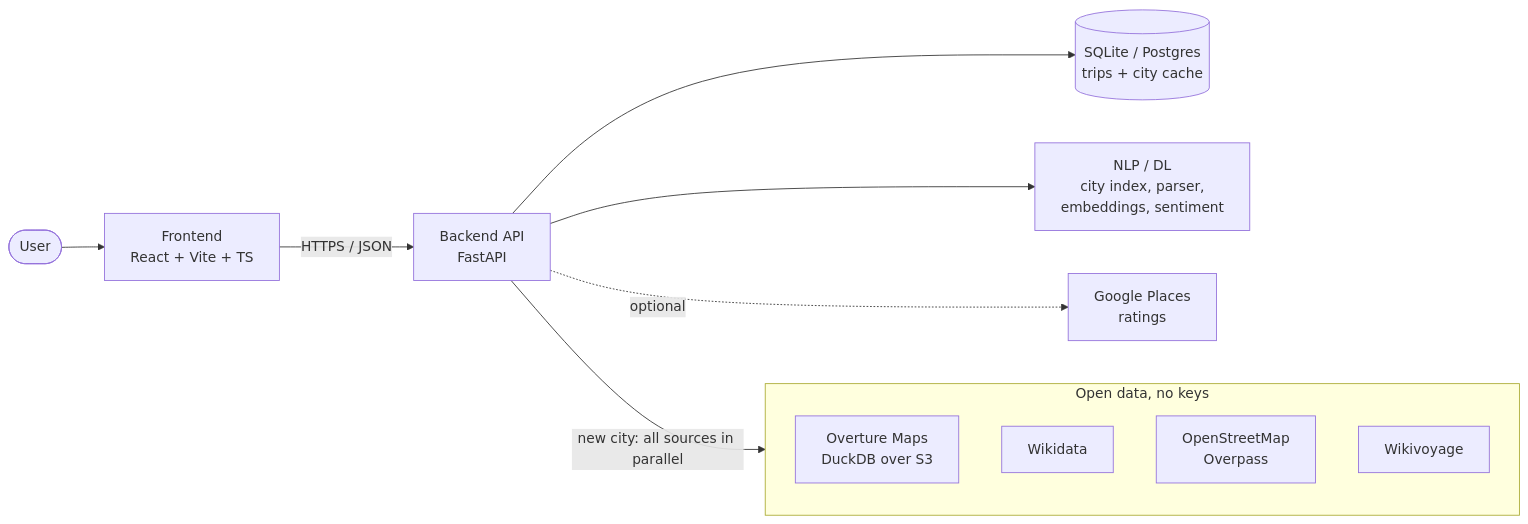
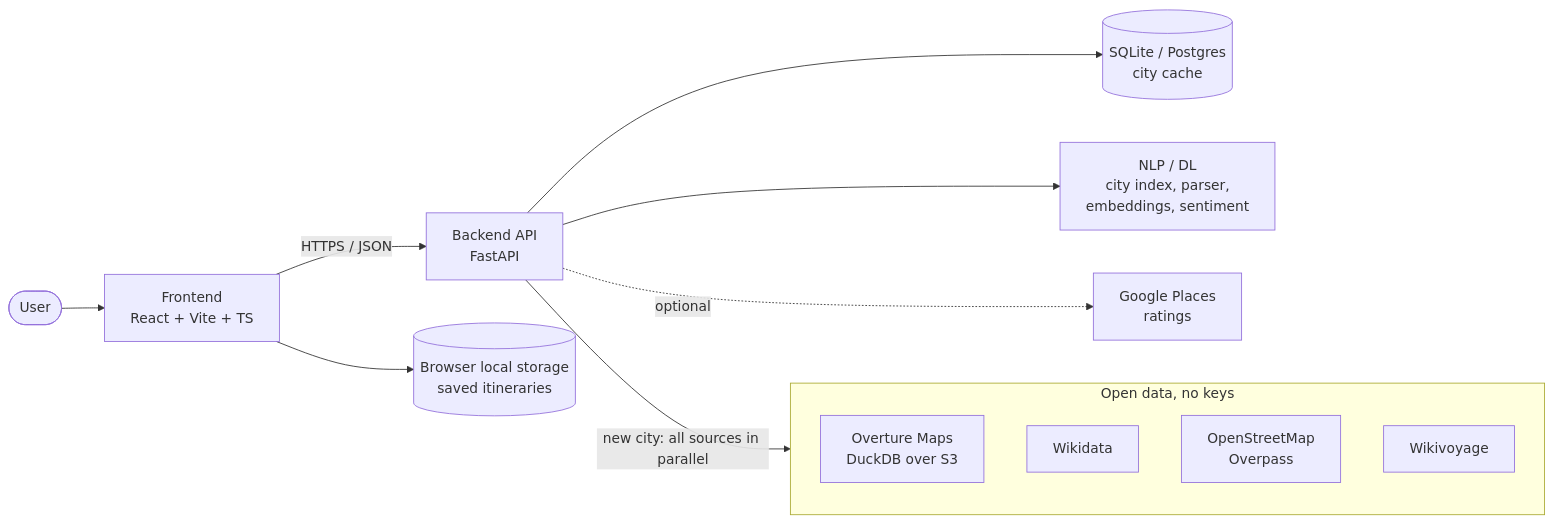
Before and after one commit to ranjanvrma/trip-aura: the diagram in README.md, drawn with Mermaid. The commit also changed other lines of this file and 27 other files, not shown here.

````diff
--- a/README.md
+++ b/README.md
@@ -34,15 +35,16 @@
 ```mermaid
 flowchart LR
   U([User]) --> FE["Frontend<br/>React + Vite + TS"]
   FE -- HTTPS / JSON --> API["Backend API<br/>FastAPI"]
-  API --> DB[("SQLite / Postgres<br/>trips + city cache")]
+  API --> DB[("SQLite / Postgres<br/>city cache")]
+  FE --> STORE[("Browser local storage<br/>saved itineraries")]
   API --> NLP["NLP / DL<br/>city index, parser,<br/>embeddings, sentiment"]
   API -- "new city: all sources in parallel" --> SRC
   subgraph SRC [Open data, no keys]
     OV[Overture Maps<br/>DuckDB over S3]
     WD[Wikidata]
     OSM[OpenStreetMap<br/>Overpass]
     WV[Wikivoyage]
   end
   API -. optional .-> G[Google Places<br/>ratings]
 ```
````
